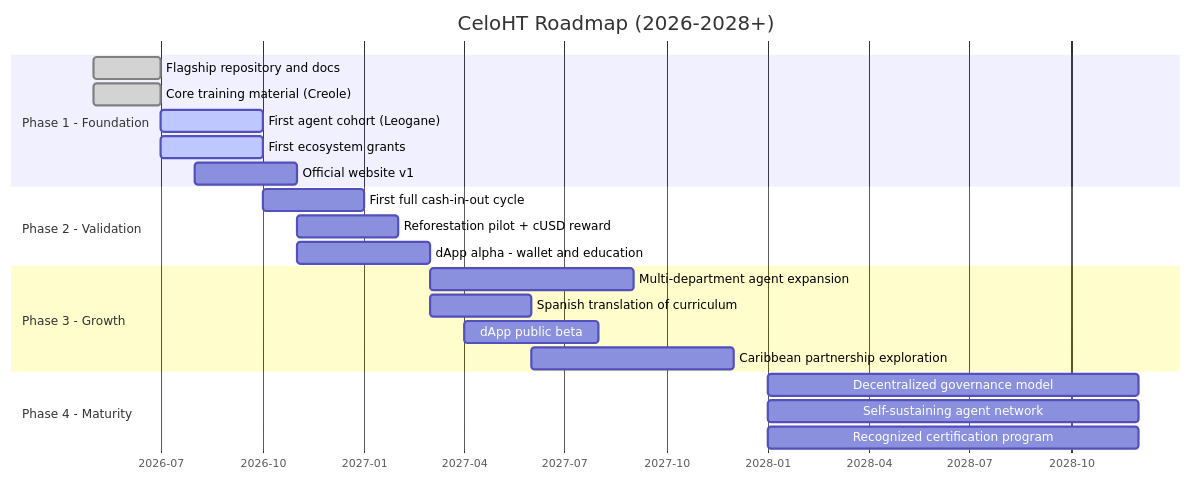
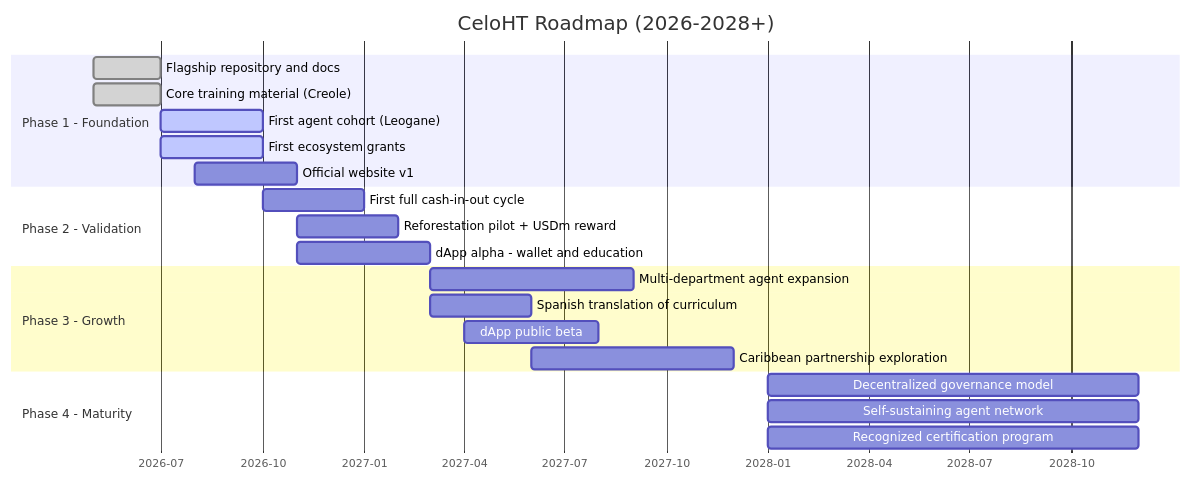
Before and after one commit to Celo-HaiTi/CeloHT: the first of 2 diagrams in ROADMAP.md, drawn with Mermaid. The commit also changed other lines of this file and 46 other files, not shown here.

Commit message:
Migrate cUSD terminology to USDm

````diff
--- a/ROADMAP.md
+++ b/ROADMAP.md
@@ -70,29 +70,29 @@
 ```mermaid
 gantt
     title CeloHT Roadmap (2026-2028+)
     dateFormat  YYYY-MM
     axisFormat  %Y-%m
 
     section Phase 1 - Foundation
     Flagship repository and docs      :done,    p1a, 2026-05, 2026-07
     Core training material (Creole)   :done,    p1b, 2026-05, 2026-07
     First agent cohort (Leogane)      :active,  p1c, 2026-07, 2026-10
     First ecosystem grants            :active,  p1d, 2026-07, 2026-10
     Official website v1               :         p1e, 2026-08, 2026-11
 
     section Phase 2 - Validation
     First full cash-in-out cycle      :         p2a, 2026-10, 2027-01
-    Reforestation pilot + cUSD reward :         p2b, 2026-11, 2027-02
+    Reforestation pilot + USDm reward :         p2b, 2026-11, 2027-02
     dApp alpha - wallet and education :         p2c, 2026-11, 2027-03
 
     section Phase 3 - Growth
     Multi-department agent expansion  :         p3a, 2027-03, 2027-09
     Spanish translation of curriculum :         p3b, 2027-03, 2027-06
     dApp public beta                  :         p3c, 2027-04, 2027-08
     Caribbean partnership exploration :         p3d, 2027-06, 2027-12
 
     section Phase 4 - Maturity
     Decentralized governance model    :         p4a, 2028-01, 2028-12
     Self-sustaining agent network     :         p4b, 2028-01, 2028-12
     Recognized certification program  :         p4c, 2028-01, 2028-12
 ```
````
